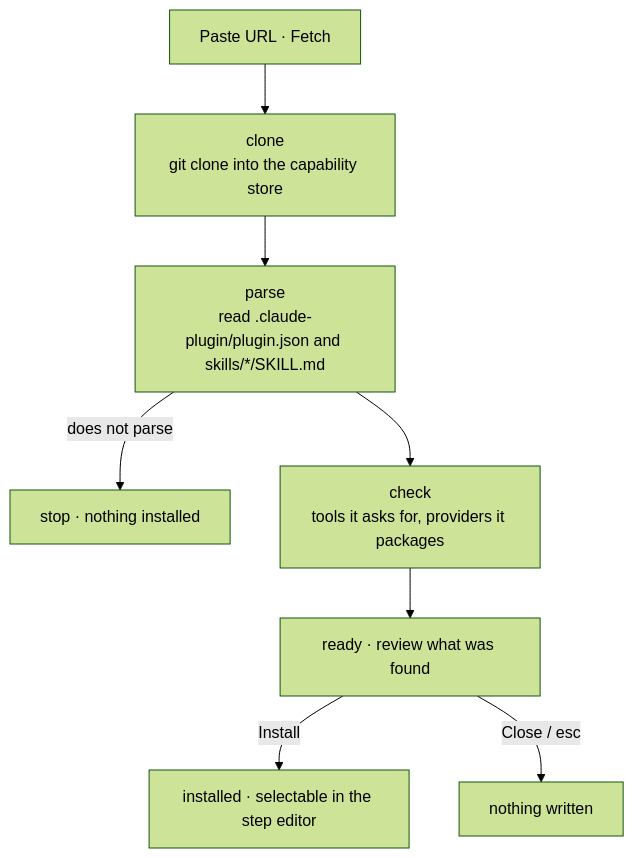
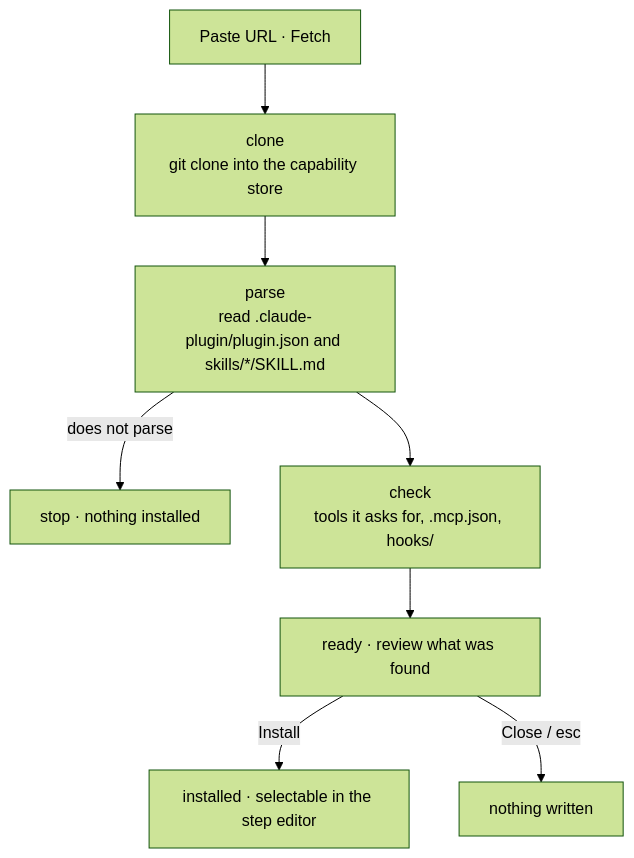
The diagram in docs/FlowBoard/Capability Library/Installing A Capability From GitHub.md (ClearCloudSoftware/flowboard), drawn with Mermaid (forest theme) before and after one commit. The commit also changed other lines of this file and 23 other files, not shown here.

````diff
--- a/docs/FlowBoard/Capability Library/Installing A Capability From GitHub.md
+++ b/docs/FlowBoard/Capability Library/Installing A Capability From GitHub.md
@@ -20,10 +24,10 @@
 ```mermaid
 flowchart TD
   U[Paste URL · Fetch] --> C[clone<br/>git clone into the capability store]
   C --> P[parse<br/>read .claude-plugin/plugin.json and skills/*/SKILL.md]
   P -->|does not parse| X[stop · nothing installed]
-  P --> K[check<br/>tools it asks for, providers it packages]
+  P --> K[check<br/>tools it asks for, .mcp.json, hooks/]
   K --> R[ready · review what was found]
   R -->|Install| I[installed · selectable in the step editor]
   R -->|Close / esc| N[nothing written]
 ```
````
